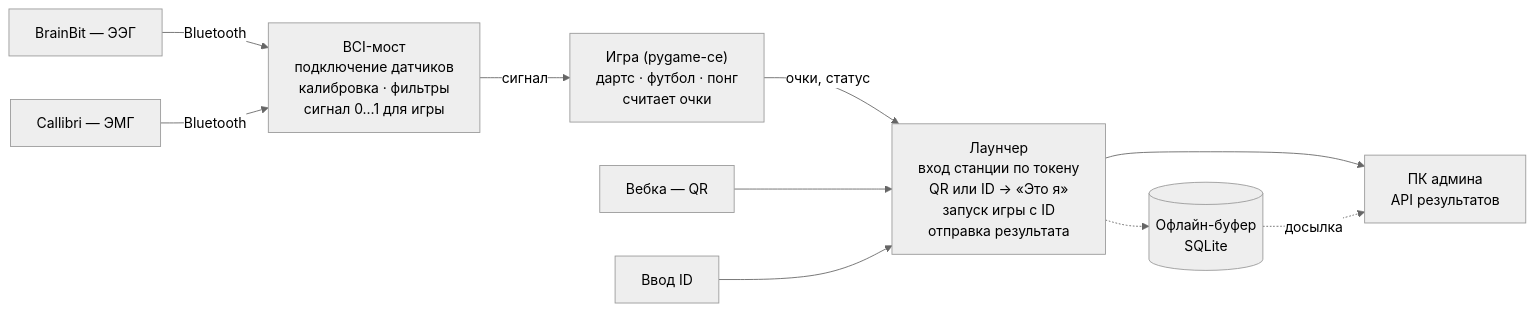
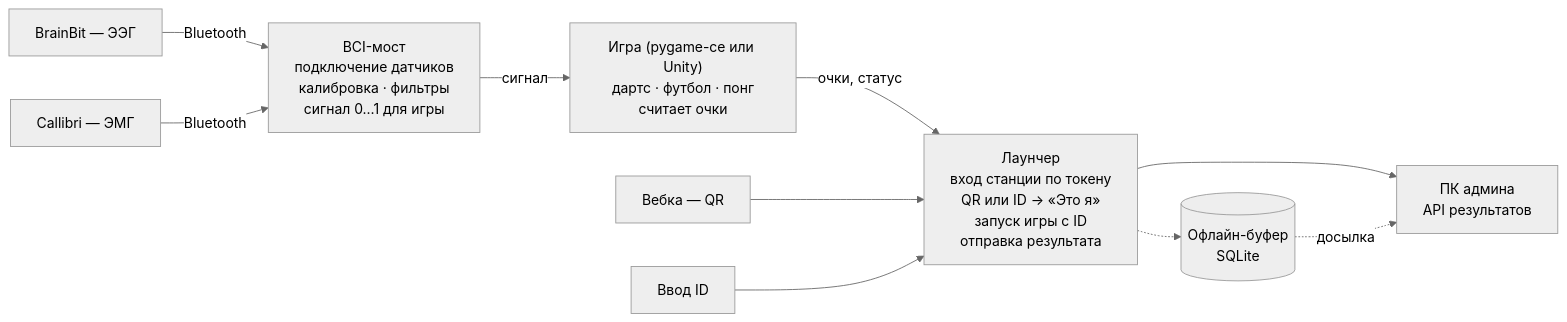
One commit to L0GIN0UT/Neurotlon changed the third of 9 diagrams in docs/architecture.md. Above: the diagram before and after it, drawn with Mermaid (neutral theme). The commit also changed 6 other files, not shown here.

````diff
--- a/docs/architecture.md
+++ b/docs/architecture.md
@@ -58,12 +58,12 @@
 ```mermaid
 flowchart LR
     BB["BrainBit — ЭЭГ"] -->|Bluetooth| BR
     CB["Callibri — ЭМГ"] -->|Bluetooth| BR
     BR["BCI-мост<br/>подключение датчиков<br/>калибровка · фильтры<br/>сигнал 0…1 для игры"] -->|сигнал| G
-    G["Игра (pygame-ce)<br/>дартс · футбол · понг<br/>считает очки"] -->|очки, статус| LN
+    G["Игра (pygame-ce или Unity)<br/>дартс · футбол · понг<br/>считает очки"] -->|очки, статус| LN
     CAM["Вебка — QR"] --> LN
     KB["Ввод ID"] --> LN
     LN["Лаунчер<br/>вход станции по токену<br/>QR или ID → «Это я»<br/>запуск игры с ID<br/>отправка результата"] --> SRV["ПК админа<br/>API результатов"]
     LN -.-> BUF[("Офлайн-буфер<br/>SQLite")]
     BUF -.->|досылка| SRV
 ```
````
